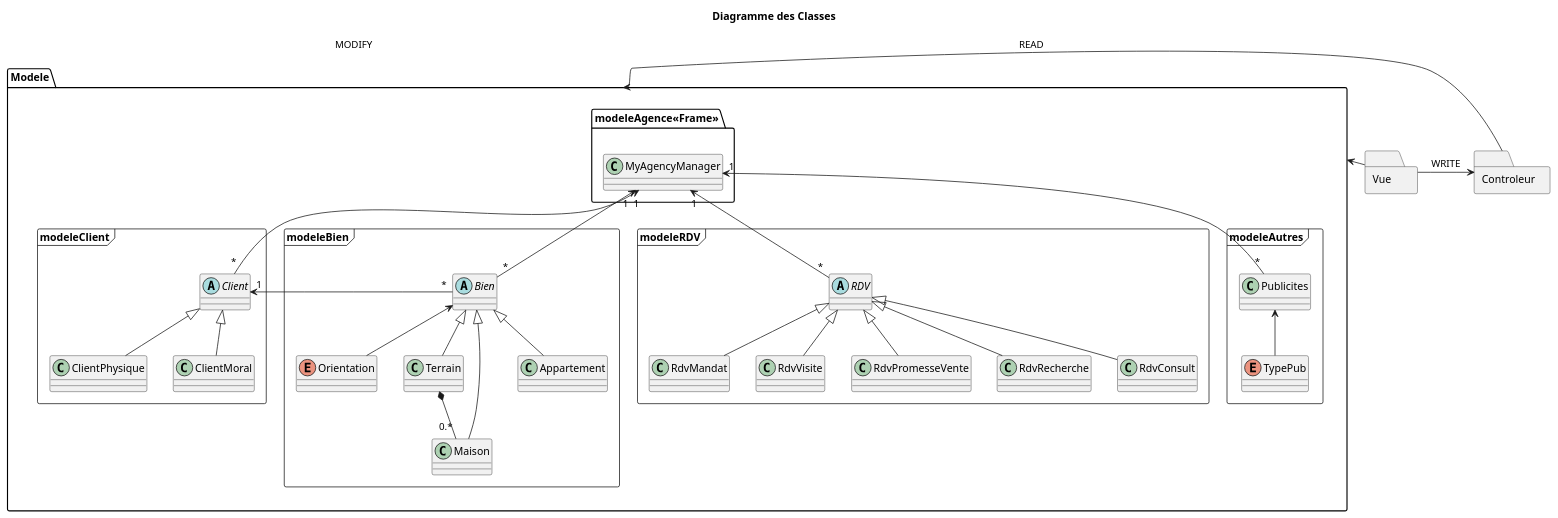
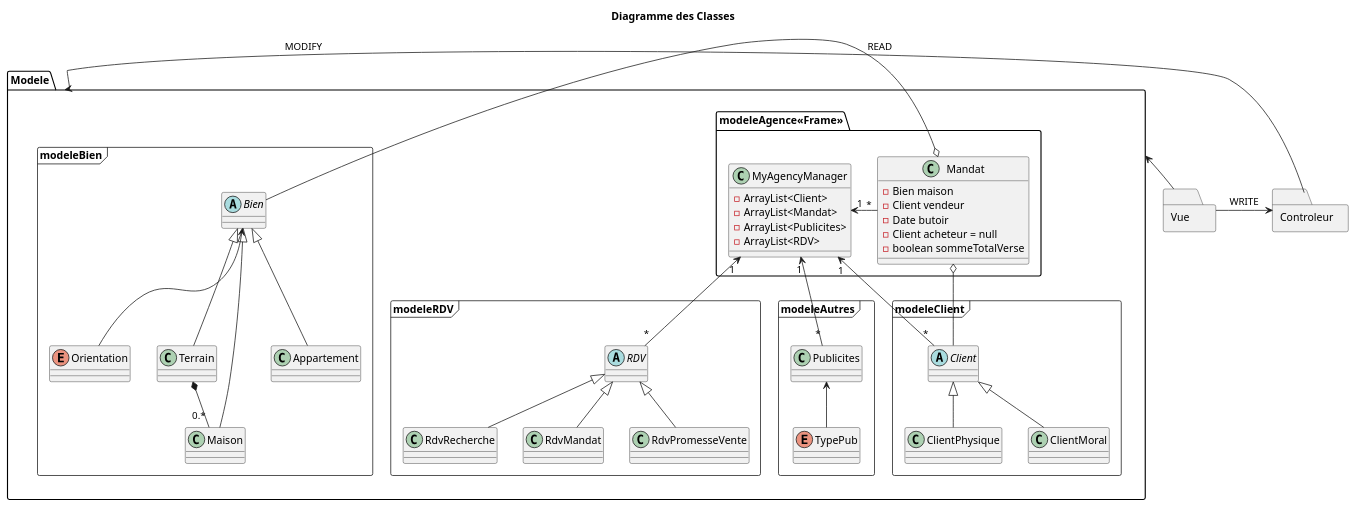
The diagram in DossierConception/Class_v3.pu (Arnaud-Sibade-Tlse/ProjetUML_Miashs), drawn with PlantUML before and after one commit.

Commit message:
CLASS : structure v4

```diff
--- a/DossierConception/Class_v3.pu
+++ b/DossierConception/Class_v3.pu
@@ -1,88 +1,96 @@
 @startuml
 
 title Diagramme des Classes
 
 package Modele <<Folder>> {
 
     package modeleAgence<<Frame>> {
         class MyAgencyManager {
+        -ArrayList<Client>
+        -ArrayList<Mandat>
+        -ArrayList<Publicites>
+        -ArrayList<RDV>
         }
+        
+    class Mandat{
+        -Bien maison
+        -Client vendeur
+        -Date butoir
+        -Client acheteur = null
+        -boolean sommeTotalVerse
+    }
+     MyAgencyManager"1" <- "*" Mandat
     }
     package modeleClient <<Frame>> {
         abstract Client {
         }
         class ClientPhysique extends Client{
         }
     
         class ClientMoral extends Client{
         }
     }
 
     package modeleBien <<Frame>> {
         enum Orientation{
          }
         abstract Bien {
         }
         class Terrain extends Bien{
         }
         class Maison extends Bien{
         }
         class Appartement extends Bien{
         }
         Terrain  *-- "0.*" Maison
     }
 
     package modeleRDV <<Frame>> {
         abstract RDV{
         }
 
         class RdvMandat extends RDV{
         }
 
-        class RdvVisite extends RDV{
-        }
-
         class RdvPromesseVente extends RDV{
         }
 
         class RdvRecherche extends RDV{
         }
 
-        class RdvConsult extends RDV{
-
-        }
     }
 
     package modeleAutres <<Frame>> {
 	
 		enum TypePub{
 		}
         class Publicites{
         }
 		
     }
     
     MyAgencyManager "1" <-- "*" Client
-    MyAgencyManager "1" <-- "*" Bien
     MyAgencyManager "1" <-- "*" RDV
     MyAgencyManager "1" <-- "*" Publicites
 
-    Client "1" <- "*" Bien
+    
+    Mandat o- Client
+    Mandat o- Bien
     
 	Bien <-- Orientation
 	Publicites <-- TypePub
 }
 
 
 package Vue <<Folder>> {
 }
 
 package Controleur <<Folder>> {
 }
 
 Vue -> Modele : READ
 Vue -> Controleur : WRITE
 Controleur -> Modele : MODIFY
 
 
 @enduml
```
